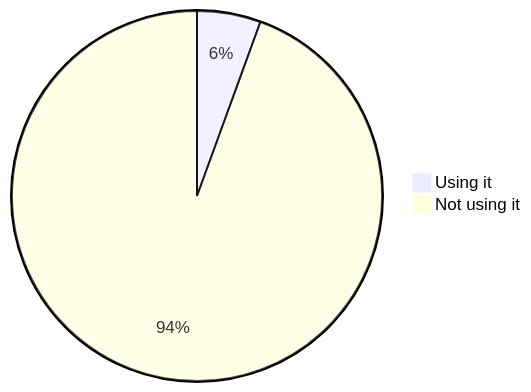
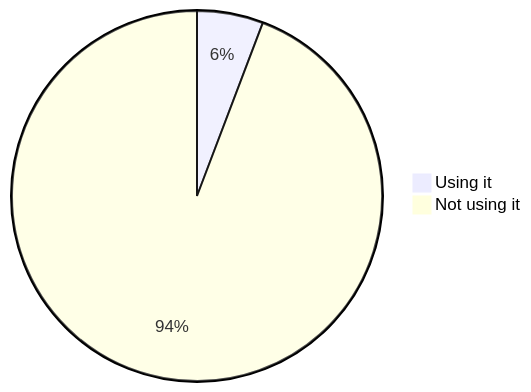
The seventh of 22 diagrams in stats.md (oshp/oshp-stats), drawn with Mermaid before and after one commit. The commit also changed other lines of this file, not shown here.

````diff
--- a/stats.md
+++ b/stats.md
@@ -82,6 +82,6 @@
 ```mermaid
 pie
-	"Using it" : 5.56
-	"Not using it" : 94.44
+	"Using it" : 5.78
+	"Not using it" : 94.22
 
 ```
````
